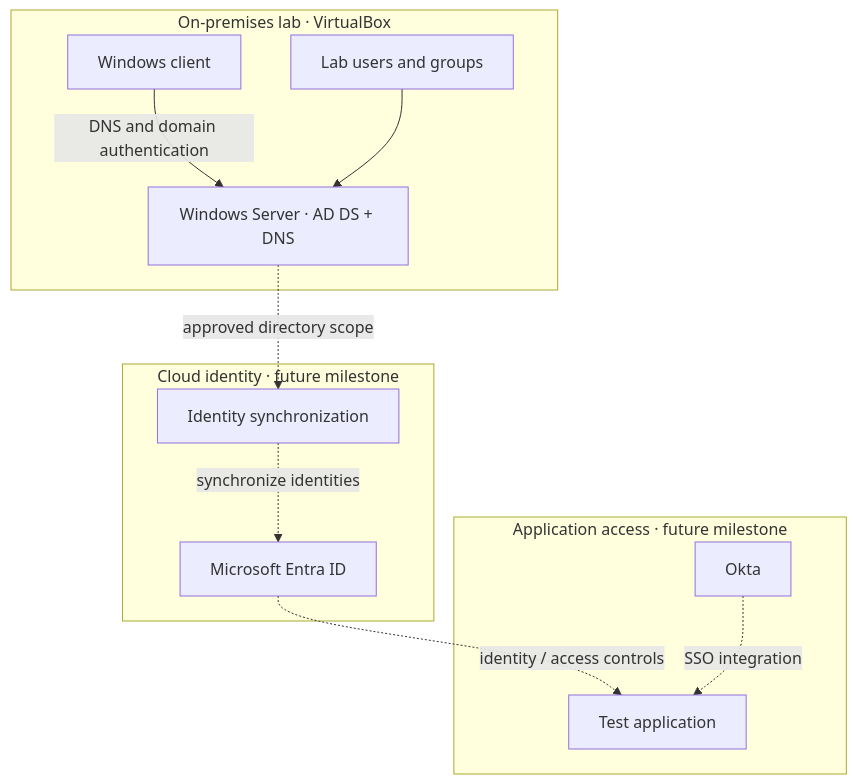
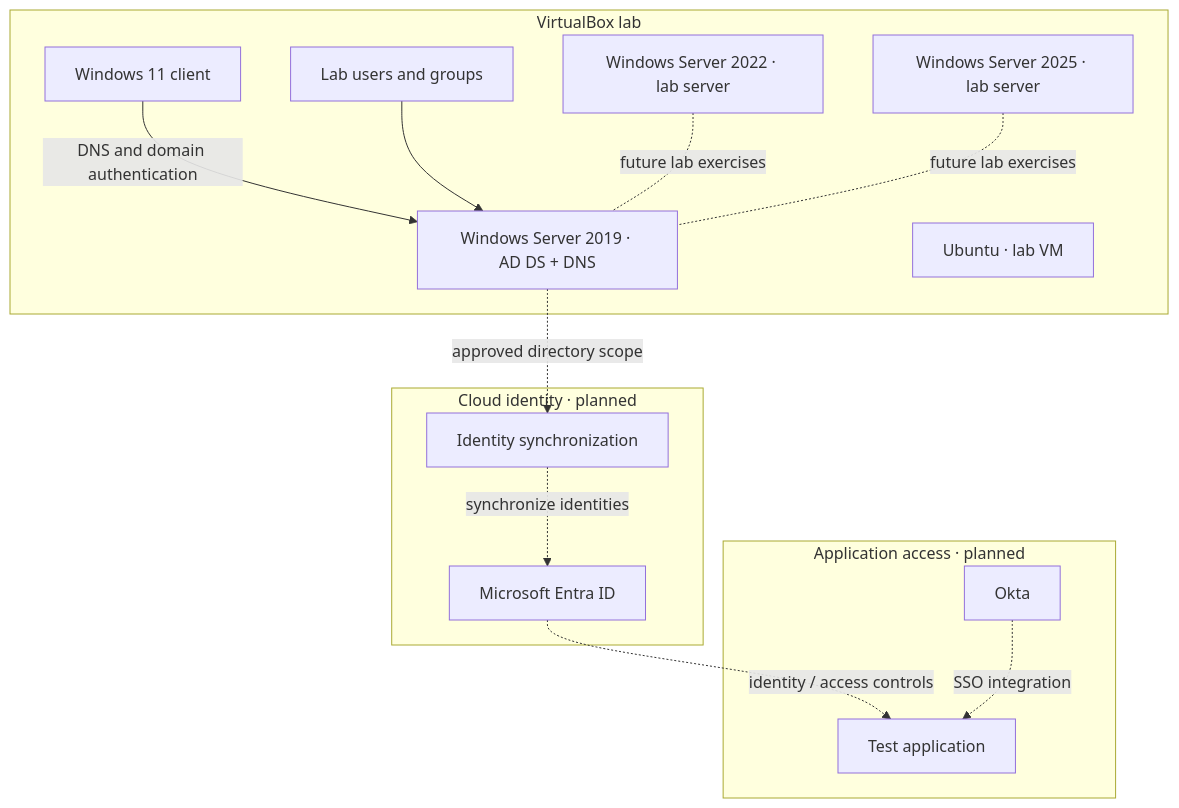
Before and after one commit to Samuelenyiaku/Hybrid-Identity-Lab: the diagram in docs/architecture.md, drawn with Mermaid. The commit also changed other lines of this file, not shown here.

Commit message:
Document Server 2022 and full lab VM inventory

````diff
--- a/docs/architecture.md
+++ b/docs/architecture.md
@@ -21,22 +25,27 @@
 ```mermaid
 flowchart TB
-    subgraph OnPrem["On-premises lab · VirtualBox"]
-      PC["Windows client"]
-      AD["Windows Server · AD DS + DNS"]
-      ID["Lab users and groups"]
-      PC -->|"DNS and domain authentication"| AD
-      ID --> AD
+    subgraph VBOX["VirtualBox lab"]
+      CLIENT["Windows 11 client"]
+      DC19["Windows Server 2019 · AD DS + DNS"]
+      SRV22["Windows Server 2022 · lab server"]
+      SRV25["Windows Server 2025 · lab server"]
+      UBUNTU["Ubuntu · lab VM"]
+      USERS["Lab users and groups"]
+      CLIENT -->|"DNS and domain authentication"| DC19
+      USERS --> DC19
+      SRV22 -. "future lab exercises" .- DC19
+      SRV25 -. "future lab exercises" .- DC19
     end
-    subgraph Cloud["Cloud identity · future milestone"]
+    subgraph CLOUD["Cloud identity · planned"]
       SYNC["Identity synchronization"]
       ENTRA["Microsoft Entra ID"]
     end
-    subgraph Apps["Application access · future milestone"]
+    subgraph APPS["Application access · planned"]
       OKTA["Okta"]
       WEB["Test application"]
     end
-    AD -. "approved directory scope" .-> SYNC
+    DC19 -. "approved directory scope" .-> SYNC
     SYNC -. "synchronize identities" .-> ENTRA
     ENTRA -. "identity / access controls" .-> WEB
     OKTA -. "SSO integration" .-> WEB
 ```
````
